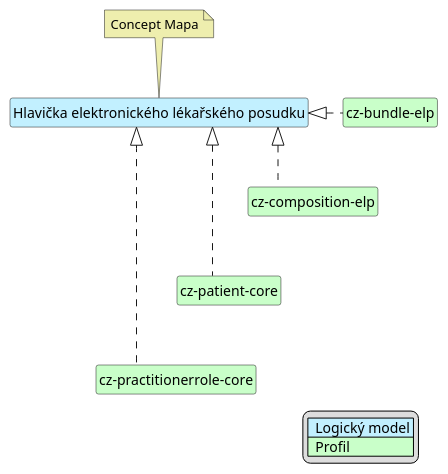
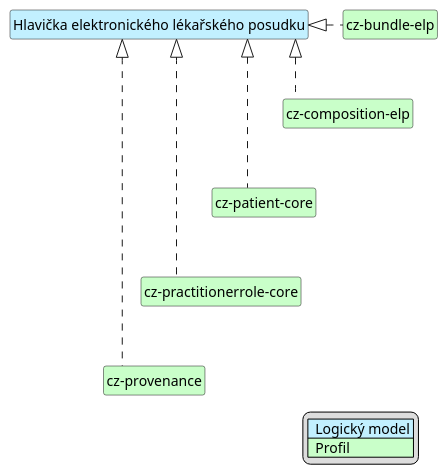
Before and after one commit to HL7-cz/elp: the diagram in input/images-source/elpHead-map-cs.plantuml, drawn with PlantUML. The commit also changed 18 other files, not shown here.

Commit message:
Rebase on CZ core, Provenance signature, mapping tables

```diff
--- a/input/images-source/elpHead-map-cs.plantuml
+++ b/input/images-source/elpHead-map-cs.plantuml
@@ -1,34 +1,34 @@
 @startuml
 hide circle
 hide stereotype
 hide members
 hide methods
 skinparam linetype ortho
 skinparam class {
 BackgroundColor<<LogicalModel>> #APPLICATION
 BackgroundColor<<Profile>> #TECHNOLOGY
 }
 legend right
 | <#APPLICATION>  Logický model |
 | <#TECHNOLOGY>  Profil |
 endlegend
 class "Hlavička elektronického lékařského posudku" <<LogicalModel>> [[StructureDefinition-LogHeaderElpCz.html]]
-note top #EEEEAE [[ConceptMap-Header2FHIR-cz.html]]
-Concept Mapa
-endnote
 
 class "cz-patient-core" <<Profile>> [[https://build.fhir.org/ig/HL7-cz/cz-core/StructureDefinition-cz-patient-core.html]]
 class "cz-practitionerrole-core" <<Profile>> [[https://build.fhir.org/ig/HL7-cz/cz-core/StructureDefinition-cz-practitionerrole-core.html]]
 class "cz-bundle-elp" <<Profile>> [[StructureDefinition-cz-bundle-elp.html]]
 class "cz-composition-elp" <<Profile>> [[StructureDefinition-cz-composition-elp.html]]
+class "cz-provenance" <<Profile>> [[https://build.fhir.org/ig/HL7-cz/cz-core/StructureDefinition-cz-provenance.html]]
 
 "Hlavička elektronického lékařského posudku" <|. "cz-composition-elp"
 "Hlavička elektronického lékařského posudku" <|. "cz-bundle-elp"
 "Hlavička elektronického lékařského posudku" <|. "cz-patient-core"
 "Hlavička elektronického lékařského posudku" <|. "cz-practitionerrole-core"
+"Hlavička elektronického lékařského posudku" <|. "cz-provenance"
 
 "cz-bundle-elp" -d[hidden]-> "cz-composition-elp"
 "cz-composition-elp" -d[hidden]-> "cz-patient-core"
 "cz-patient-core" -d[hidden]-> "cz-practitionerrole-core"
+"cz-practitionerrole-core" -d[hidden]-> "cz-provenance"
 
 @enduml
```
